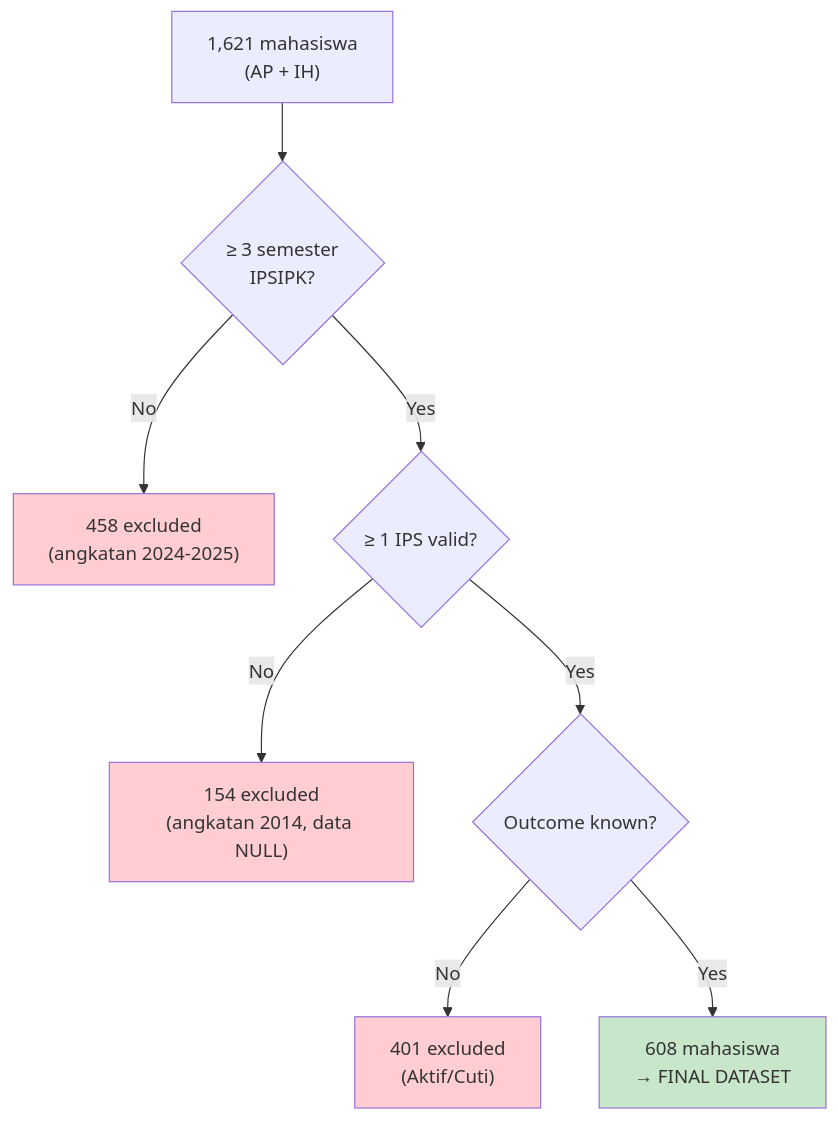
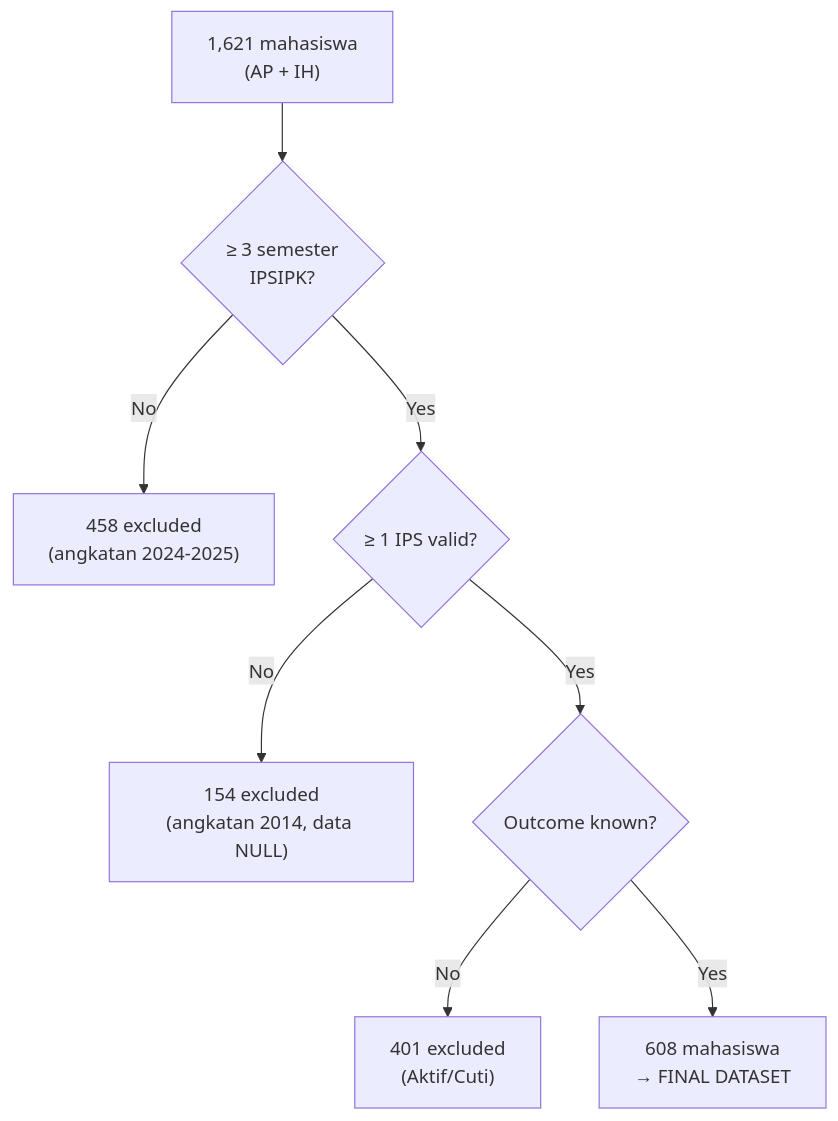
One commit to ekastn/dm-prediksi-ketepatan-lulus changed the second of 3 diagrams in README.md. Above: the diagram before and after it, drawn with Mermaid. The commit also changed other lines of this file and 18 other files, not shown here.

````diff
--- a/README.md
+++ b/README.md
@@ -93,15 +86,10 @@
 ```mermaid
 flowchart TD
     A["1,621 mahasiswa<br/>(AP + IH)"] --> B{"≥ 3 semester<br/>IPSIPK?"}
     B -->|No| X1["458 excluded<br/>(angkatan 2024-2025)"]
     B -->|Yes| C{"≥ 1 IPS valid?"}
     C -->|No| X2["154 excluded<br/>(angkatan 2014, data NULL)"]
     C -->|Yes| D{"Outcome known?"}
     D -->|No| X3["401 excluded<br/>(Aktif/Cuti)"]
     D -->|Yes| E["608 mahasiswa<br/>→ FINAL DATASET"]
-
-    style E fill:#c8e6c9
-    style X1 fill:#ffcdd2
-    style X2 fill:#ffcdd2
-    style X3 fill:#ffcdd2
 ```
````
